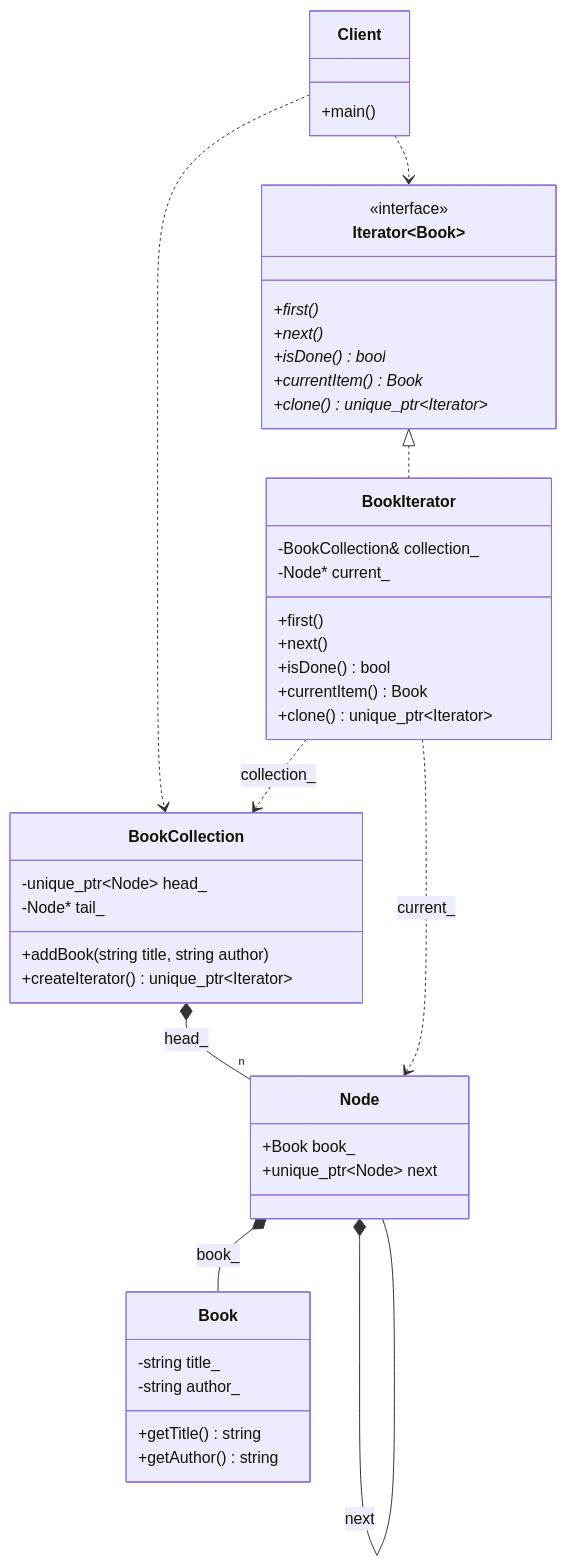
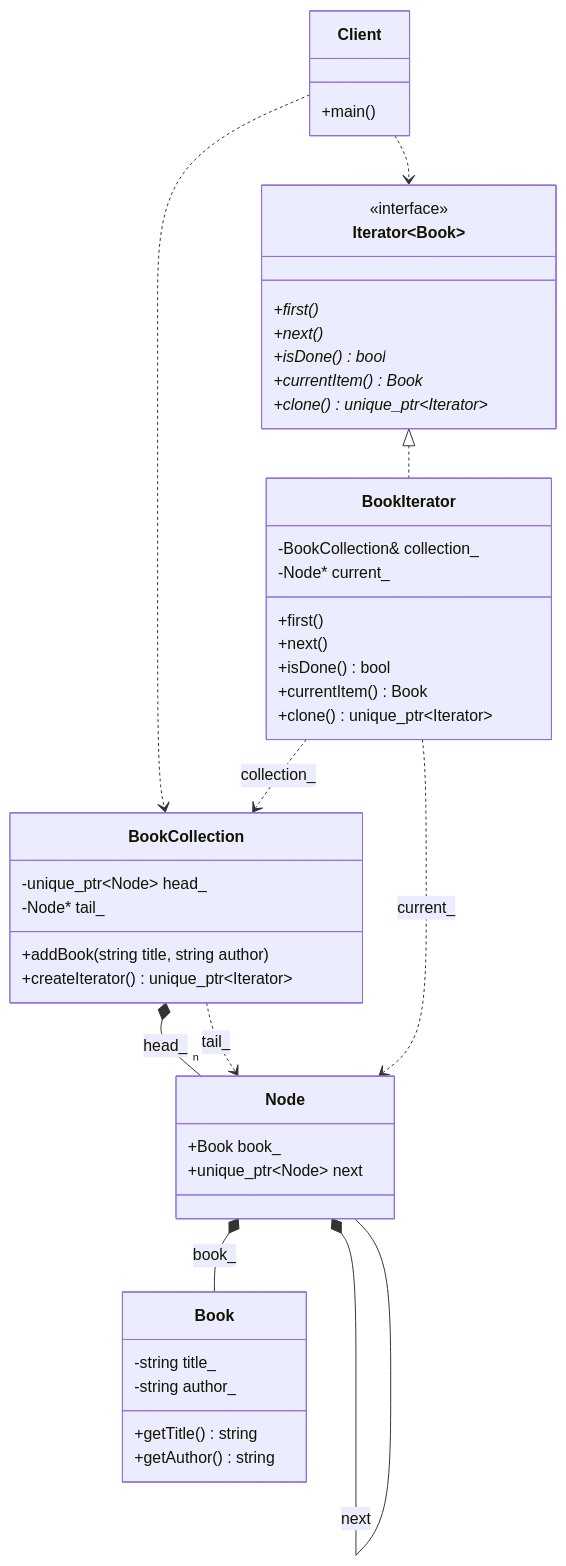
The diagram in 21_Iterator/Iterator_GoF/diagram.md (Cichlidfishexigency721/Modern-CPP-Design-Patterns), drawn with Mermaid before and after one commit. The commit also changed 1 other file, not shown here.

Commit message:
Improvement in UML

````diff
--- a/21_Iterator/Iterator_GoF/diagram.md
+++ b/21_Iterator/Iterator_GoF/diagram.md
@@ -3,56 +3,57 @@
 ```mermaid
 classDiagram
     class Book {
         -string title_
         -string author_
         +getTitle() string
         +getAuthor() string
     }
 
     class Iterator~Book~ {
         <<interface>>
         +first()*
         +next()*
         +isDone()* bool
         +currentItem()* Book
         +clone()* unique_ptr~Iterator~
     }
 
     class Node {
         +Book book_
         +unique_ptr~Node~ next
     }
 
     class BookCollection {
         -unique_ptr~Node~ head_
         -Node* tail_
         +addBook(string title, string author)
         +createIterator() unique_ptr~Iterator~
     }
 
     class BookIterator {
         -BookCollection& collection_
         -Node* current_
         +first()
         +next()
         +isDone() bool
         +currentItem() Book
         +clone() unique_ptr~Iterator~
     }
 
     class Client {
         +main()
     }
 
     Iterator~Book~ <|.. BookIterator
 
     BookCollection *-- "n" Node : head_
+    BookCollection ..> Node : tail_
     Node *-- Book : book_
     Node *-- Node : next
 
     BookIterator ..> BookCollection : collection_
     BookIterator ..> Node : current_
     
     Client ..> BookCollection
     Client ..> Iterator
 ```
````
